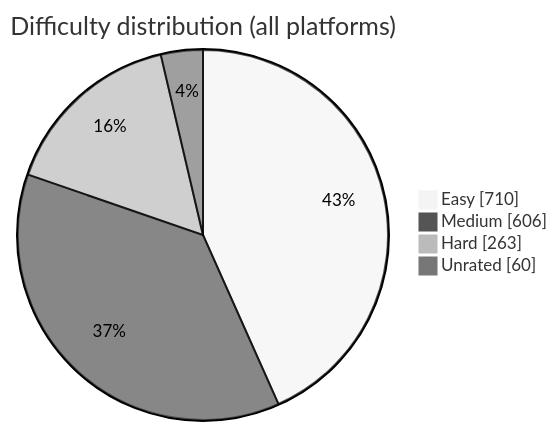
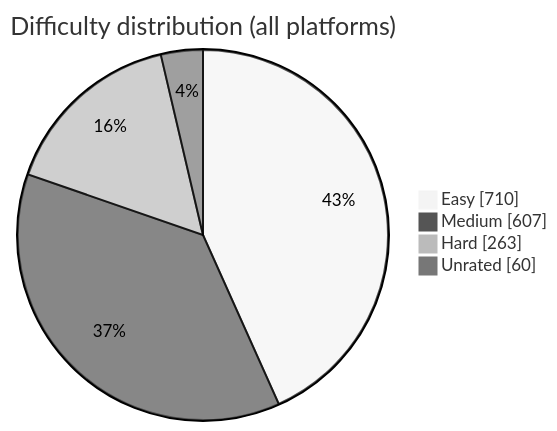
The diagram in README.md (BuildbyArindam/Daily-Coding-Log), drawn with Mermaid (neutral theme) before and after one commit. The commit also changed other lines of this file, not shown here.

````diff
--- a/README.md
+++ b/README.md
@@ -93,7 +93,7 @@
 ```mermaid
 pie showData title Difficulty distribution (all platforms)
     "Easy" : 710
-    "Medium" : 606
+    "Medium" : 607
     "Hard" : 263
     "Unrated" : 60
 ```
````
